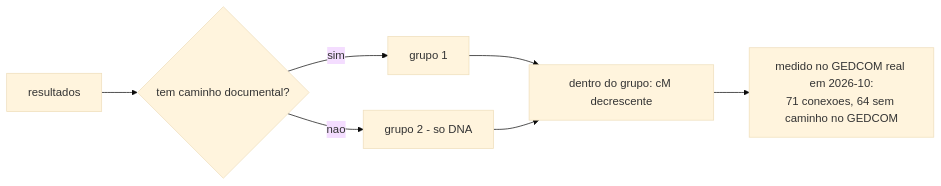
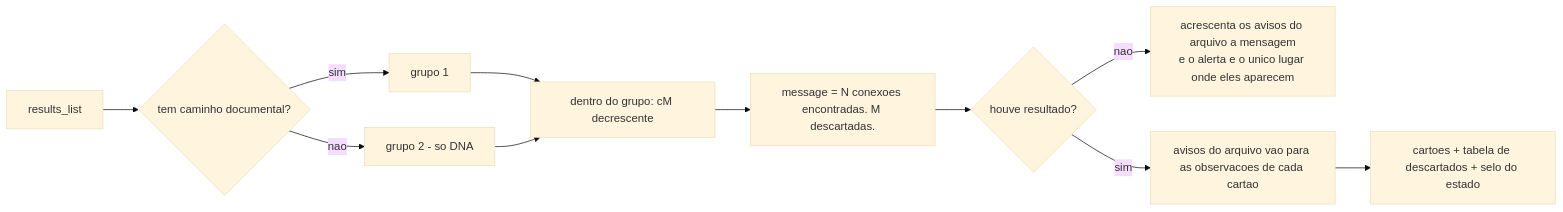
Before and after one commit to Adriano1976/reversa-analisador-genealogico: the ninth of 9 diagrams in _reversa_sdd/flowcharts/analise-dna.md, drawn with Mermaid (base theme). The commit also changed other lines of this file and 69 other files, not shown here.

````diff
--- a/_reversa_sdd/flowcharts/analise-dna.md
+++ b/_reversa_sdd/flowcharts/analise-dna.md
@@ -139,9 +297,13 @@
 ```mermaid
 flowchart LR
-    A[resultados] --> B{tem caminho documental?}
-    B -- sim --> C[grupo 1]
-    B -- nao --> D[grupo 2 - so DNA]
-    C --> E[dentro do grupo: cM decrescente]
+    A["results_list"] --> B{"tem caminho documental?"}
+    B -- "sim" --> C["grupo 1"]
+    B -- "nao" --> D["grupo 2 - so DNA"]
+    C --> E["dentro do grupo: cM decrescente"]
     D --> E
-    E --> F[medido no GEDCOM real em 2026-10:<br/>71 conexoes, 64 sem caminho no GEDCOM]
+    E --> F["message = N conexoes encontradas. M descartadas."]
+    F --> G{"houve resultado?"}
+    G -- "nao" --> G1["acrescenta os avisos do arquivo a mensagem<br/>e o alerta e o unico lugar onde eles aparecem"]
+    G -- "sim" --> H["avisos do arquivo vao para as observacoes de cada cartao"]
+    H --> I["cartoes + tabela de descartados + selo do estado"]
 ```
````
